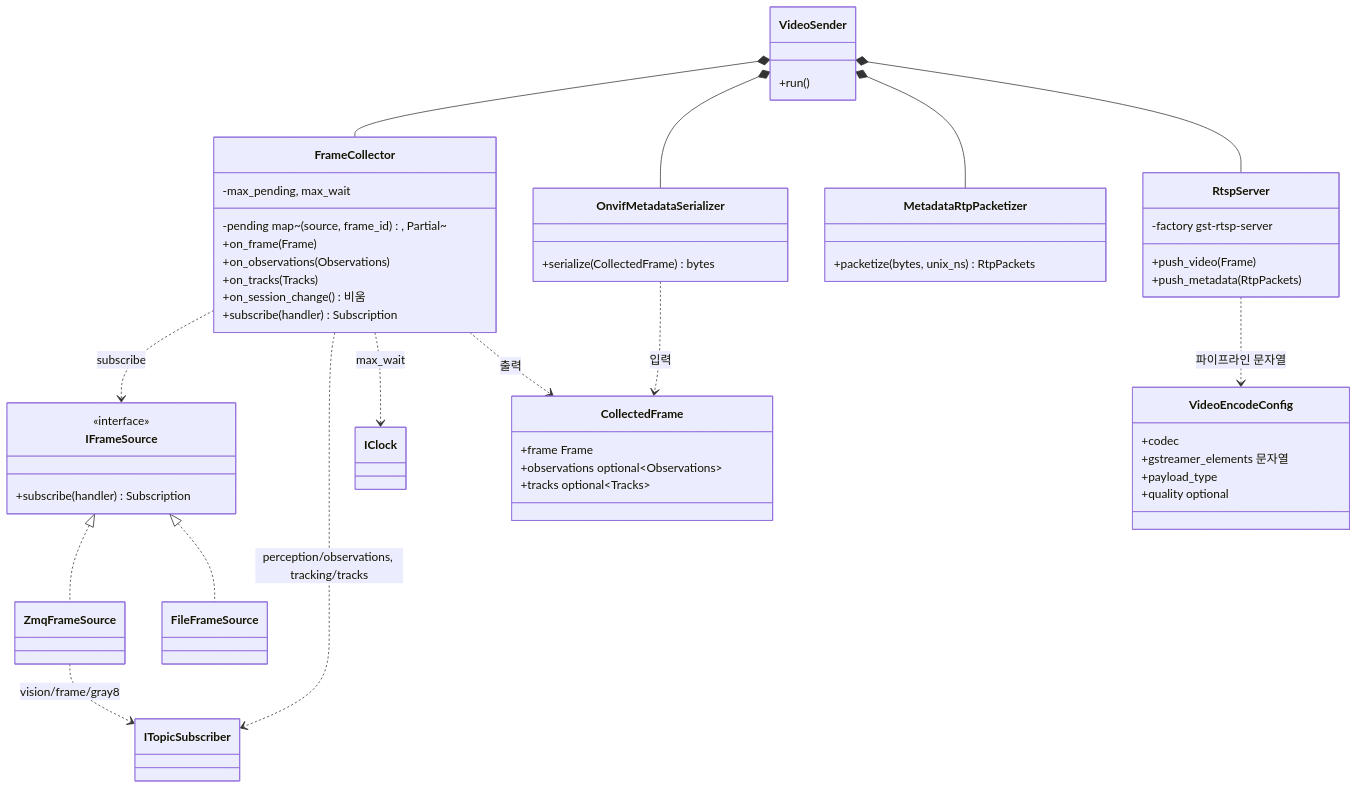
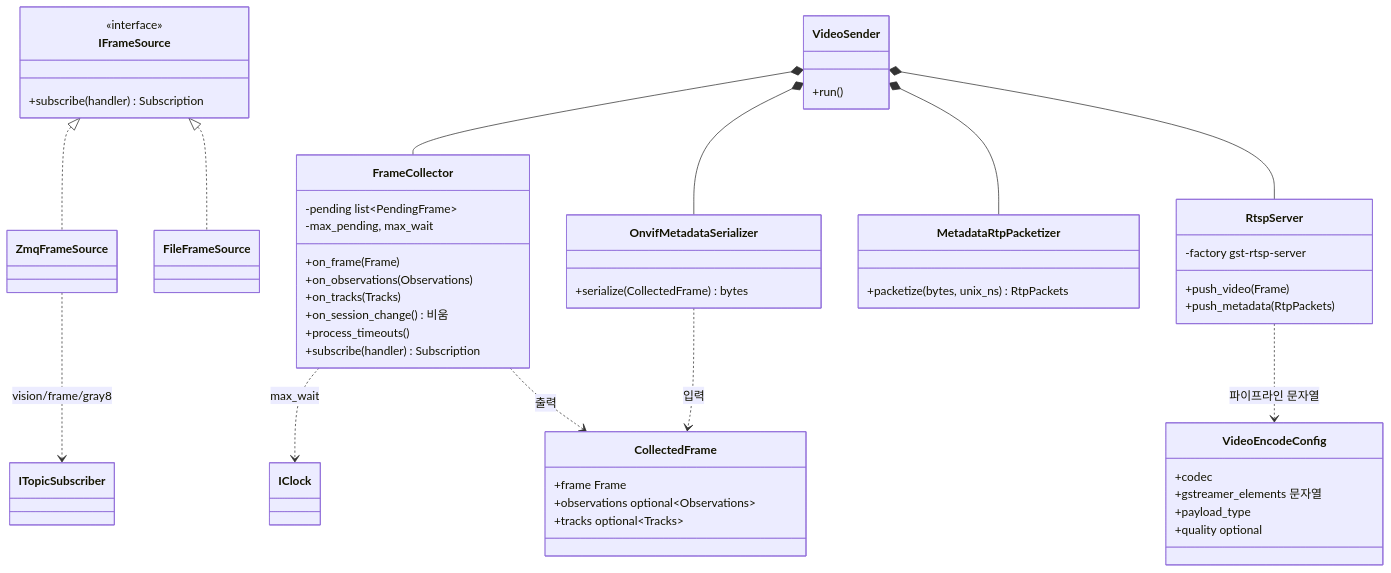
Before and after one commit to lig-argus/argus-edge-vision: the first of 2 diagrams in docs/design/uml/class_video.md, drawn with Mermaid. The commit also changed other lines of this file and 13 other files, not shown here.

First line of the commit message:
feat(onboard): 영상 송신부에 FrameCollector 추가 (프레임, 탐지 결과, 추적 결과의 메시지 결합)

````diff
--- a/docs/design/uml/class_video.md
+++ b/docs/design/uml/class_video.md
@@ -12,57 +12,56 @@
 ```mermaid
 classDiagram
     class IFrameSource {
         <<interface>>
         +subscribe(handler) Subscription
     }
     class ZmqFrameSource
     class FileFrameSource
     class FrameCollector {
-        -pending map~(source, frame_id), Partial~
+        -pending list~PendingFrame~
         -max_pending, max_wait
         +on_frame(Frame)
         +on_observations(Observations)
         +on_tracks(Tracks)
         +on_session_change() 비움
+        +process_timeouts()
         +subscribe(handler) Subscription
     }
     class CollectedFrame {
         +frame Frame
         +observations optional~Observations~
         +tracks optional~Tracks~
     }
     class OnvifMetadataSerializer {
         +serialize(CollectedFrame) bytes
     }
     class MetadataRtpPacketizer {
         +packetize(bytes, unix_ns) RtpPackets
     }
     class VideoEncodeConfig {
         +codec
         +gstreamer_elements 문자열
         +payload_type
         +quality optional
     }
     class RtspServer {
         -factory gst-rtsp-server
         +push_video(Frame)
         +push_metadata(RtpPackets)
     }
     class VideoSender {
         +run()
     }
 
     IFrameSource <|.. ZmqFrameSource
     IFrameSource <|.. FileFrameSource
     ZmqFrameSource ..> ITopicSubscriber : vision/frame/gray8
-    FrameCollector ..> IFrameSource : subscribe
-    FrameCollector ..> ITopicSubscriber : perception/observations, tracking/tracks
     FrameCollector ..> IClock : max_wait
     FrameCollector ..> CollectedFrame : 출력
     OnvifMetadataSerializer ..> CollectedFrame : 입력
     VideoSender *-- FrameCollector
     VideoSender *-- OnvifMetadataSerializer
     VideoSender *-- MetadataRtpPacketizer
     VideoSender *-- RtspServer
     RtspServer ..> VideoEncodeConfig : 파이프라인 문자열
 ```
````
